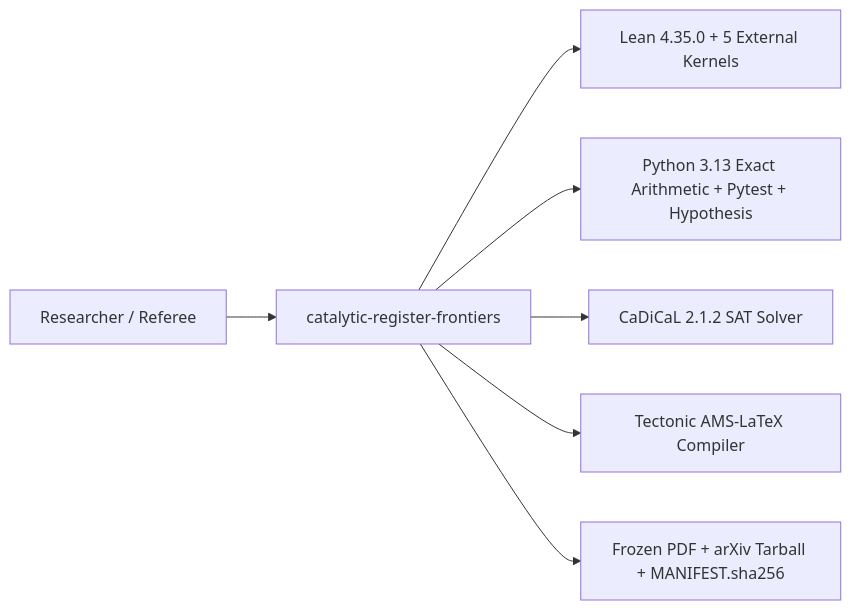
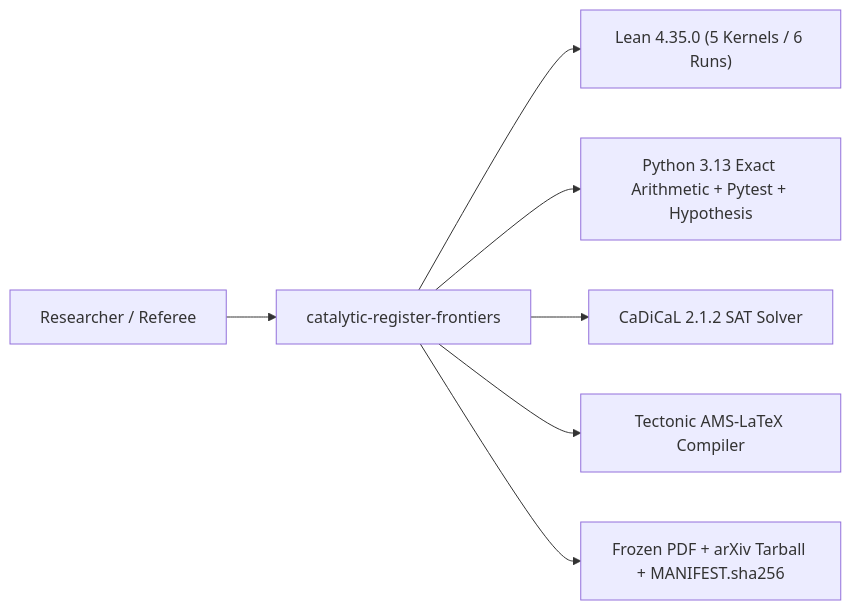
One commit to 0thernes/catalytic-register-frontiers changed the first of 2 diagrams in docs/architecture.md. Above: the diagram before and after it, drawn with Mermaid. The commit also changed other lines of this file and 56 other files, not shown here.

````diff
--- a/docs/architecture.md
+++ b/docs/architecture.md
@@ -8,9 +8,9 @@
 ```mermaid
 flowchart LR
   Researcher["Researcher / Referee"] --> Repo["catalytic-register-frontiers"]
-  Repo --> Lean["Lean 4.35.0 + 5 External Kernels"]
+  Repo --> Lean["Lean 4.35.0 (5 Kernels / 6 Runs)"]
   Repo --> Py["Python 3.13 Exact Arithmetic + Pytest + Hypothesis"]
   Repo --> SAT["CaDiCaL 2.1.2 SAT Solver"]
   Repo --> TeX["Tectonic AMS-LaTeX Compiler"]
   Repo --> Dist["Frozen PDF + arXiv Tarball + MANIFEST.sha256"]
 ```
````
